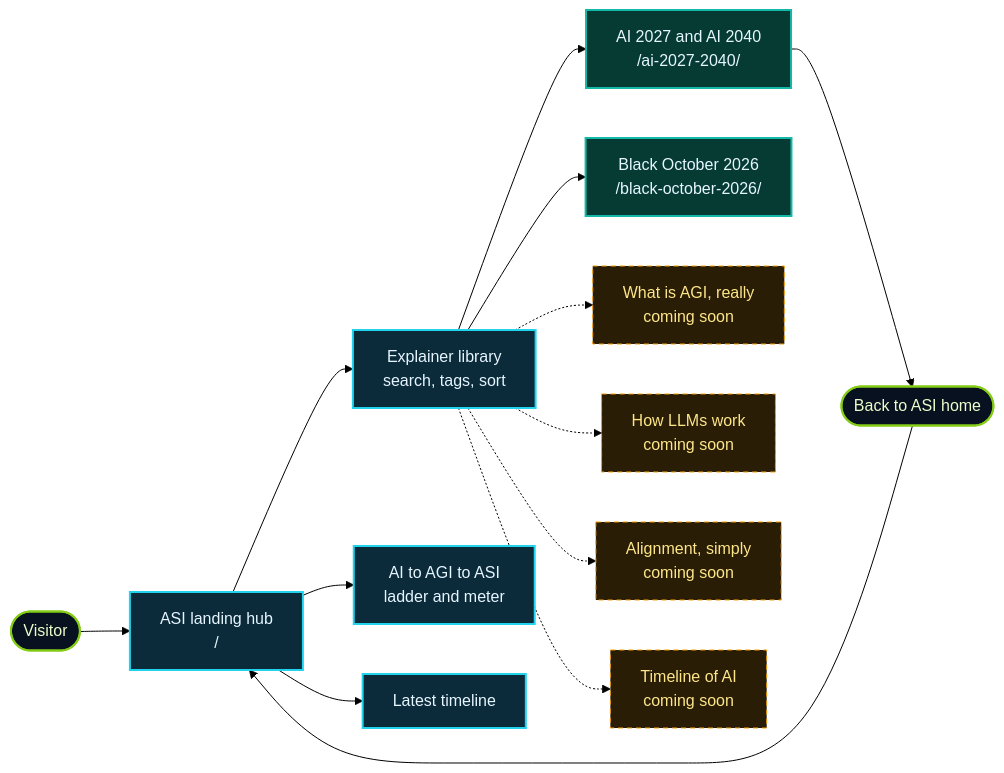
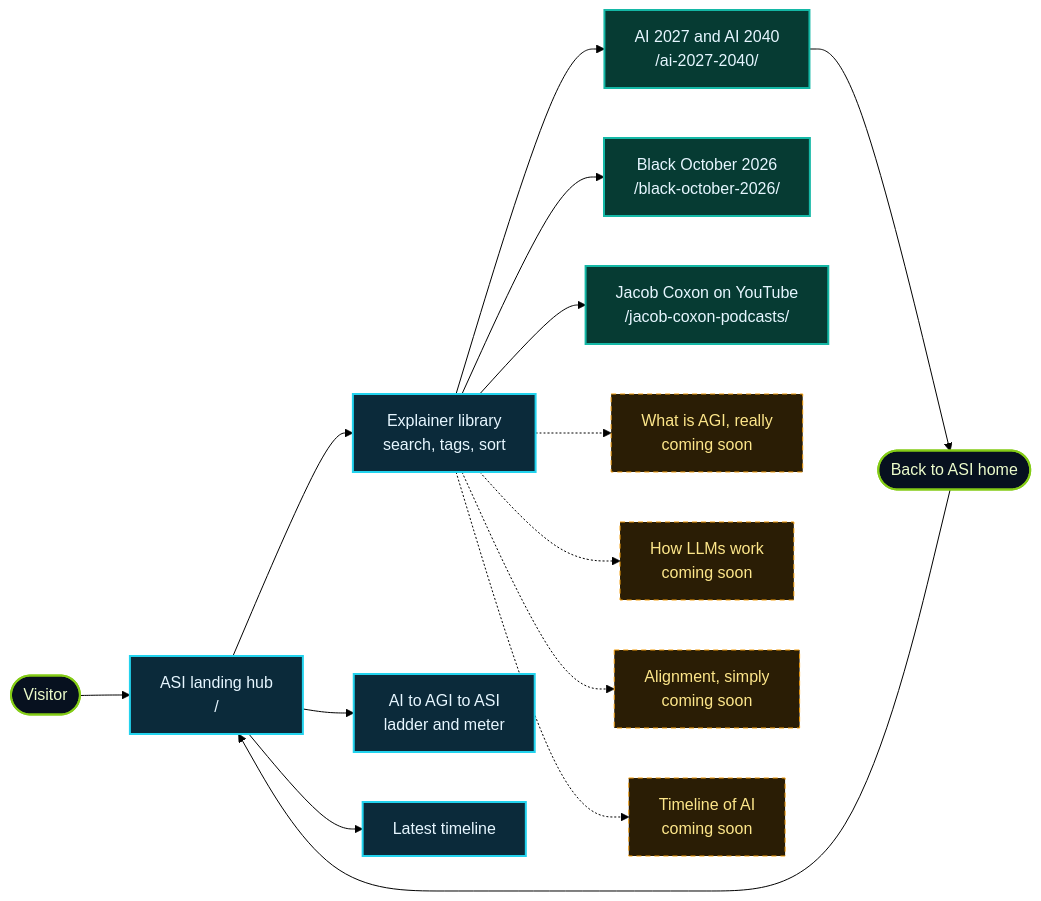
One commit to lo3elyon/ASI changed the first of 10 diagrams in README.md. Above: the diagram before and after it, drawn with Mermaid (forest theme). The commit also changed other lines of this file, not shown here.

Commit message:
Update README.md: add /jacob-coxon-podcasts/ route

````diff
--- a/README.md
+++ b/README.md
@@ -63,23 +66,24 @@
 ```mermaid
 flowchart LR
     V(["Visitor"]) --> H["ASI landing hub<br/>/"]
     H --> L["Explainer library<br/>search, tags, sort"]
     H --> G["AI to AGI to ASI<br/>ladder and meter"]
     H --> T["Latest timeline"]
     L --> E1["AI 2027 and AI 2040<br/>/ai-2027-2040/"]
     L --> E6["Black October 2026<br/>/black-october-2026/"]
+    L --> E7["Jacob Coxon on YouTube<br/>/jacob-coxon-podcasts/"]
     L -.-> E2["What is AGI, really<br/>coming soon"]
     L -.-> E3["How LLMs work<br/>coming soon"]
     L -.-> E4["Alignment, simply<br/>coming soon"]
     L -.-> E5["Timeline of AI<br/>coming soon"]
     E1 --> B(["Back to ASI home"])
     B --> H
     classDef hub fill:#0b2a3a,stroke:#22d3ee,stroke-width:2px,color:#e6f6ff
     classDef live fill:#063b33,stroke:#14b8a6,stroke-width:2px,color:#e6f6ff
     classDef soon fill:#2a1d05,stroke:#f59e0b,stroke-dasharray:5 4,color:#fde68a
     classDef user fill:#07111f,stroke:#84cc16,stroke-width:2px,color:#ecfccb
     class H,L,G,T hub
-    class E1,E6 live
+    class E1,E6,E7 live
     class E2,E3,E4,E5 soon
     class V,B user
 ```
````
